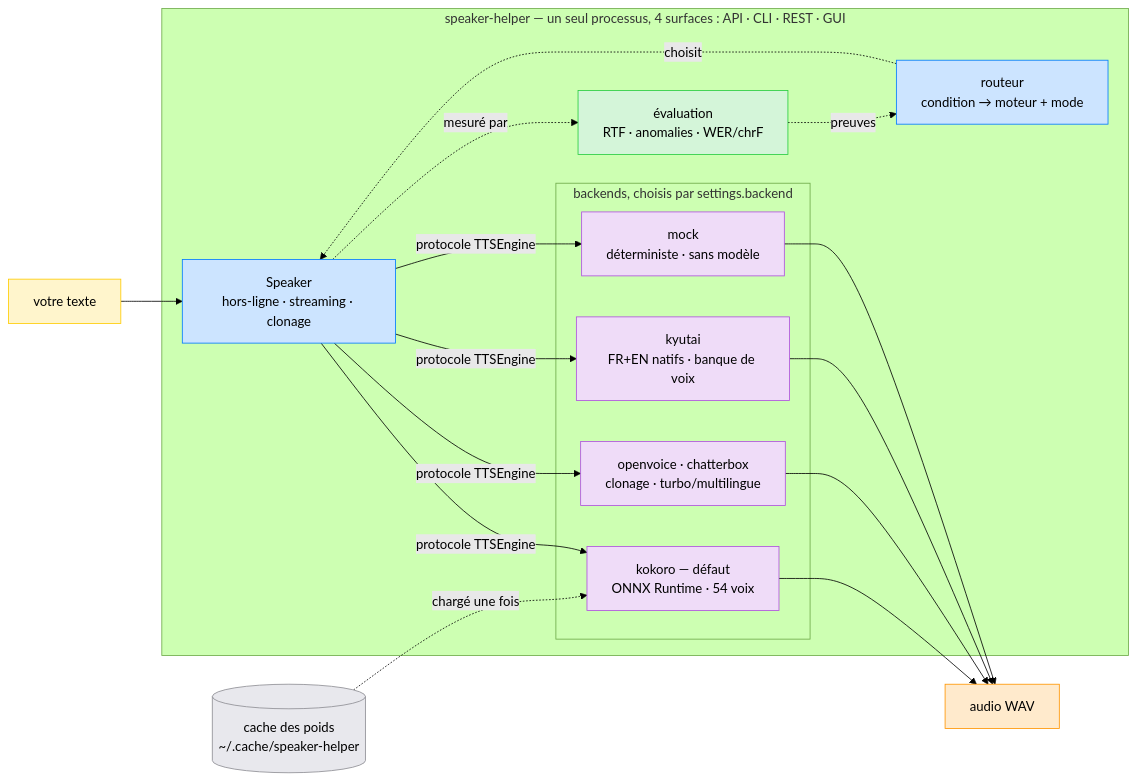
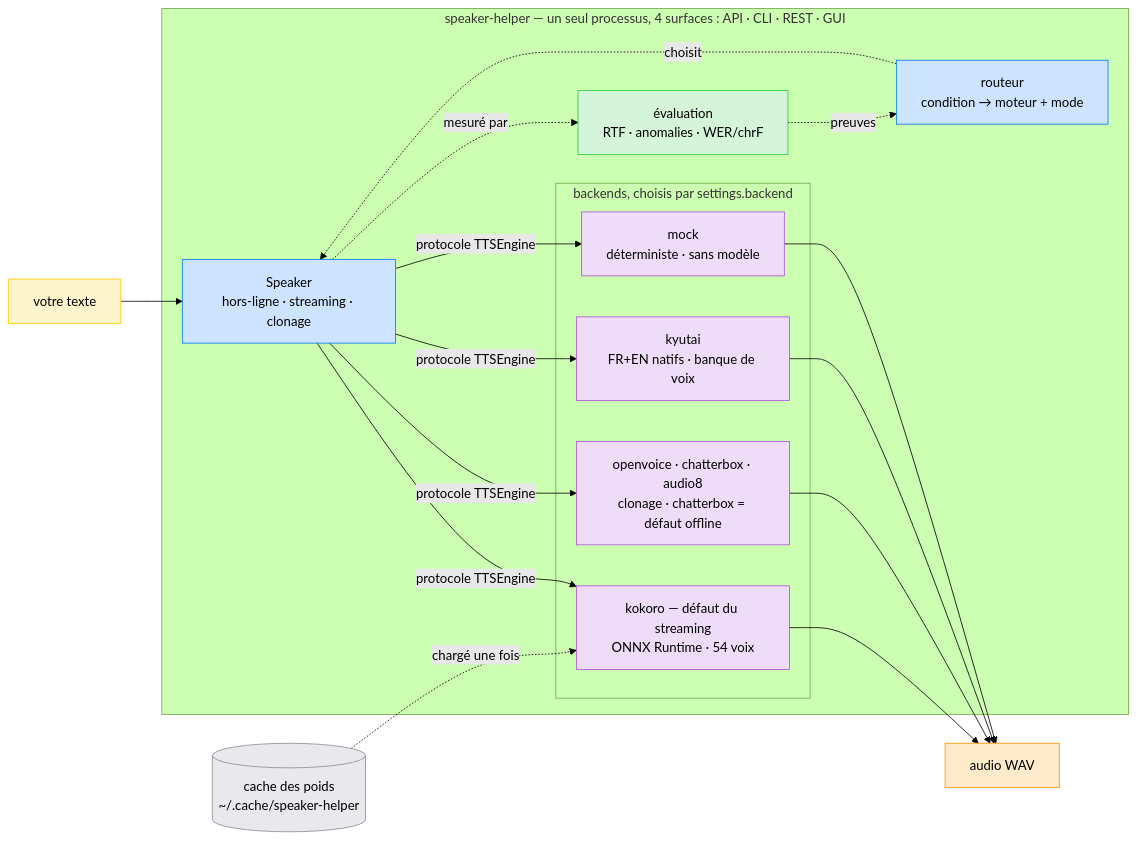
Before and after one commit to warith-harchaoui/speaker-helper: the diagram in LISEZMOI.md, drawn with Mermaid (forest theme). The commit also changed other lines of this file and 10 other files, not shown here.

First line of the commit message:
feat(audio8): un cloneur réaliste offline, toujours depuis la voix féminine fournie

````diff
--- a/LISEZMOI.md
+++ b/LISEZMOI.md
@@ -90,38 +91,38 @@
 ```mermaid
 flowchart LR
     text["votre texte"]:::input
     subgraph SH["speaker-helper — un seul processus, 4 surfaces : API · CLI · REST · GUI"]
         speaker["Speaker<br/>hors-ligne · streaming · clonage"]:::core
         router["routeur<br/>condition → moteur + mode"]:::core
         eval["évaluation<br/>RTF · anomalies · WER/chrF"]:::eval
         subgraph BE["backends, choisis par settings.backend"]
-            kokoro["kokoro — défaut<br/>ONNX Runtime · 54 voix"]:::engine
-            clone["openvoice · chatterbox<br/>clonage · turbo/multilingue"]:::engine
+            kokoro["kokoro — défaut du streaming<br/>ONNX Runtime · 54 voix"]:::engine
+            clone["openvoice · chatterbox · audio8<br/>clonage · chatterbox = défaut offline"]:::engine
             kyutai["kyutai<br/>FR+EN natifs · banque de voix"]:::engine
             mock["mock<br/>déterministe · sans modèle"]:::engine
         end
     end
     weights[("cache des poids<br/>~/.cache/speaker-helper")]:::store
     audio["audio WAV"]:::output
 
     text --> speaker
     router -.->|choisit| speaker
     speaker -- "protocole TTSEngine" --> kokoro
     speaker -- "protocole TTSEngine" --> clone
     speaker -- "protocole TTSEngine" --> kyutai
     speaker -- "protocole TTSEngine" --> mock
     weights -.->|chargé une fois| kokoro
     kokoro --> audio
     clone --> audio
     kyutai --> audio
     mock --> audio
     speaker -.->|mesuré par| eval
     eval -.->|preuves| router
 
     classDef input fill:#FFF5CC,stroke:#FFCC00,color:#000000
     classDef core fill:#CCE4FF,stroke:#007AFF,color:#000000
     classDef eval fill:#D4F5D9,stroke:#28CD41,color:#000000
     classDef engine fill:#EFDCF8,stroke:#AF52DE,color:#000000
     classDef store fill:#E8E8ED,stroke:#8E8E93,color:#000000
     classDef output fill:#FFEACC,stroke:#FF9500,color:#000000
 ```
````
